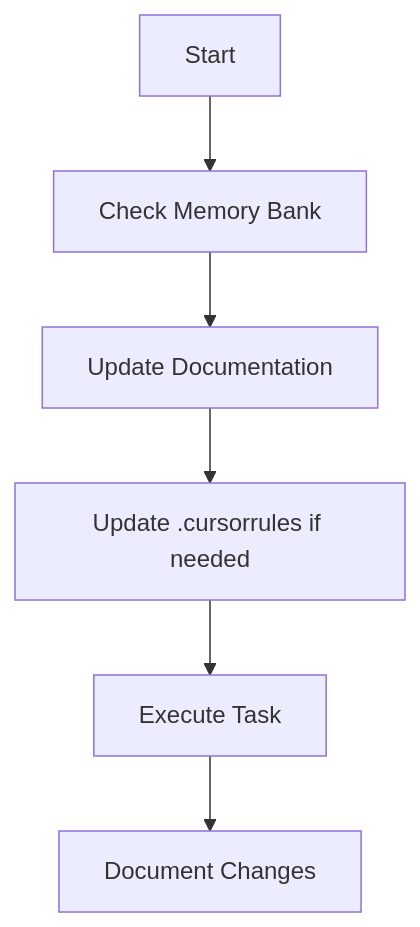
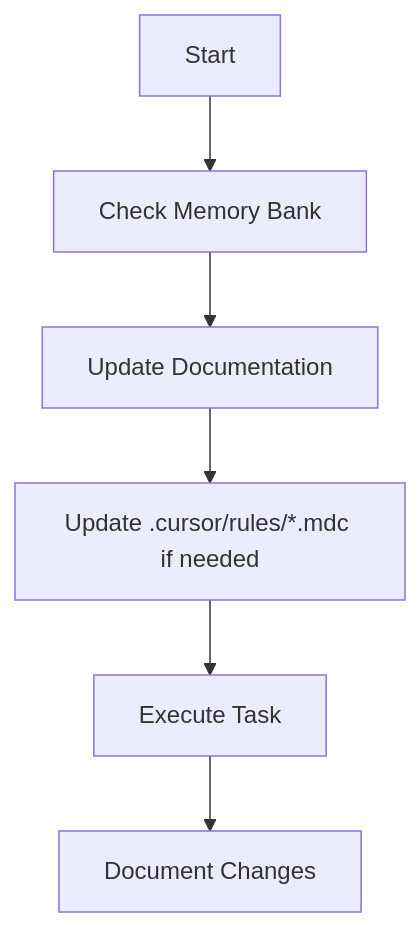
The third of 5 diagrams in .cursor/rules/rules.mdc (tkosht/cursor_dev), drawn with Mermaid before and after one commit. The commit also changed other lines of this file and 26 other files, not shown here.

````diff
--- a/.cursor/rules/rules.mdc
+++ b/.cursor/rules/rules.mdc
@@ -91,8 +91,8 @@
 ```mermaid
 flowchart TD
     Start[Start] --> Context[Check Memory Bank]
     Context --> Update[Update Documentation]
-    Update --> Rules[Update .cursorrules if needed]
+    Update --> Rules[Update .cursor/rules/*.mdc if needed]
     Rules --> Execute[Execute Task]
     Execute --> Document[Document Changes]
 ```
````
